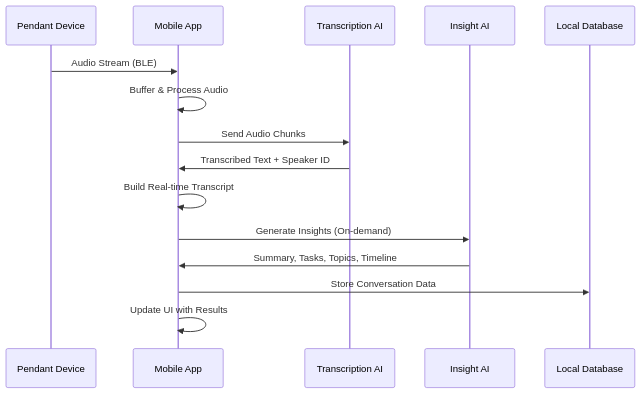
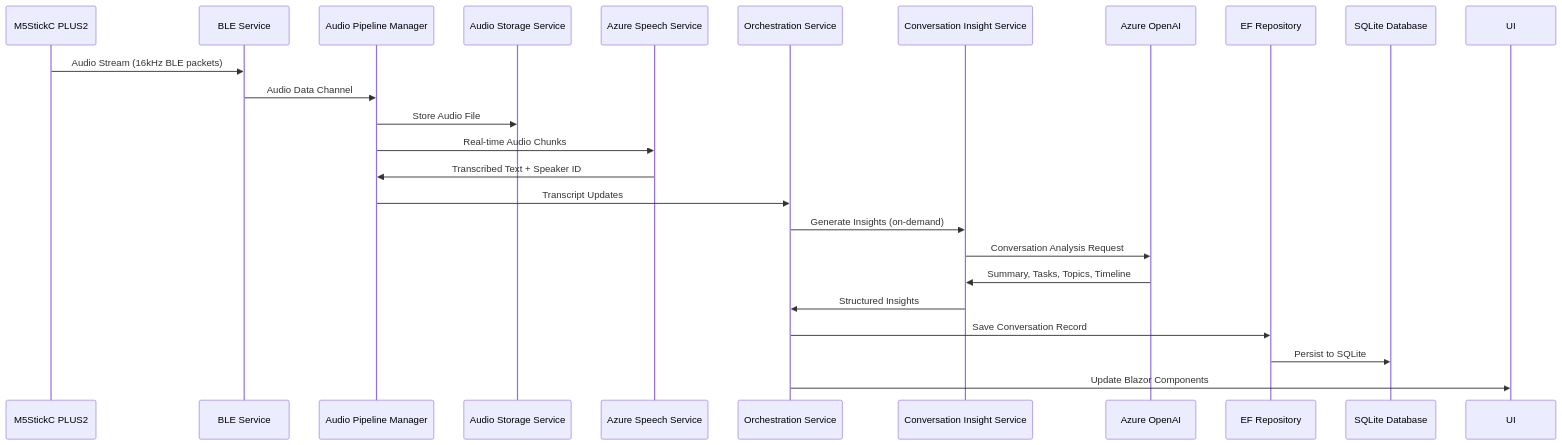
One commit to tripvik/CasePulse changed the second of 4 diagrams in Readme.md. Above: the diagram before and after it, drawn with Mermaid. The commit also changed other lines of this file and 1 other file, not shown here.

````diff
--- a/Readme.md
+++ b/Readme.md
@@ -87,18 +115,27 @@
 ```mermaid
 sequenceDiagram
-    participant P as Pendant Device
-    participant A as Mobile App
-    participant T as Transcription AI
-    participant I as Insight AI
-    participant D as Local Database
+    participant P as M5StickC PLUS2
+    participant BLE as BLE Service
+    participant APM as Audio Pipeline Manager
+    participant ASS as Audio Storage Service
+    participant AzS as Azure Speech Service
+    participant OS as Orchestration Service
+    participant CIS as Conversation Insight Service
+    participant AzOAI as Azure OpenAI
+    participant EF as EF Repository
+    participant DB as SQLite Database
     
-    P->>A: Audio Stream (BLE)
-    A->>A: Buffer & Process Audio
-    A->>T: Send Audio Chunks
-    T->>A: Transcribed Text + Speaker ID
-    A->>A: Build Real-time Transcript
-    A->>I: Generate Insights (On-demand)
-    I->>A: Summary, Tasks, Topics, Timeline
-    A->>D: Store Conversation Data
-    A->>A: Update UI with Results
+    P->>BLE: Audio Stream (16kHz BLE packets)
+    BLE->>APM: Audio Data Channel
+    APM->>ASS: Store Audio File
+    APM->>AzS: Real-time Audio Chunks
+    AzS->>APM: Transcribed Text + Speaker ID
+    APM->>OS: Transcript Updates
+    OS->>CIS: Generate Insights (on-demand)
+    CIS->>AzOAI: Conversation Analysis Request
+    AzOAI->>CIS: Summary, Tasks, Topics, Timeline
+    CIS->>OS: Structured Insights
+    OS->>EF: Save Conversation Record
+    EF->>DB: Persist to SQLite
+    OS->>UI: Update Blazor Components
 ```
````
